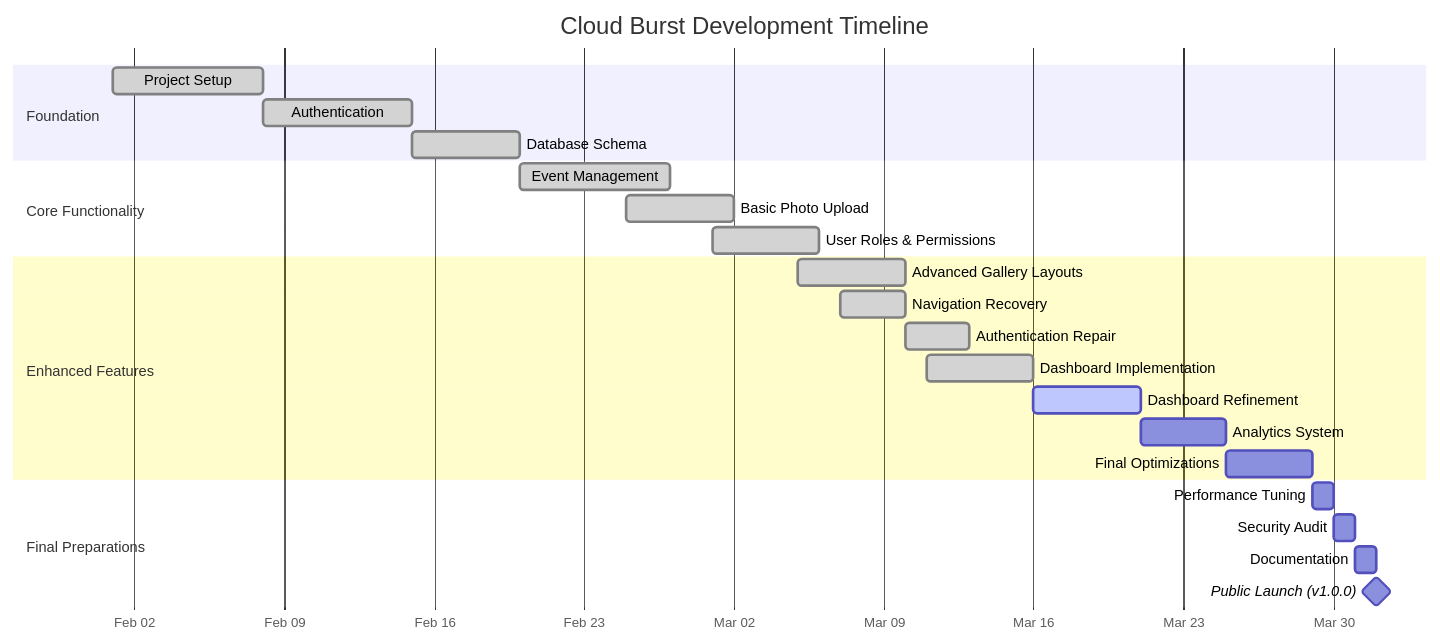
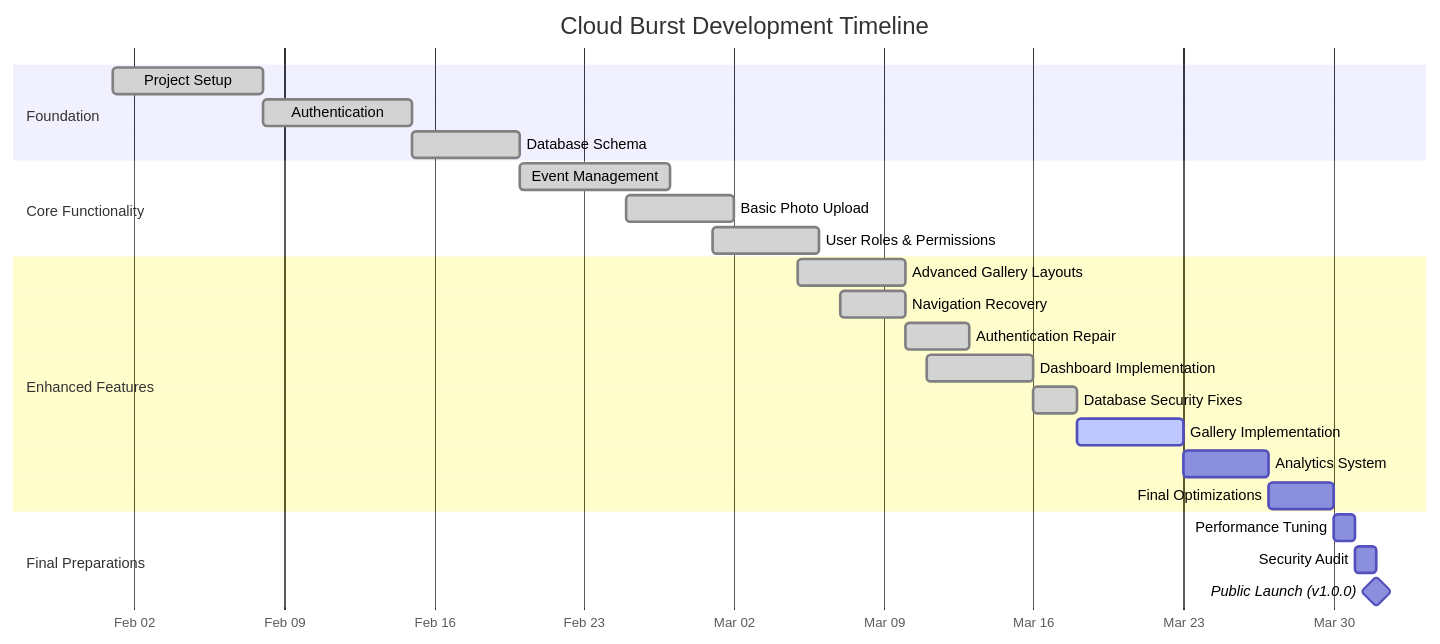
Before and after one commit to mrj0nesmtl/cloud-burst: the first of 2 diagrams in docs/planning/roadmap.md, drawn with Mermaid. The commit also changed other lines of this file and 31 other files, not shown here.

Commit message:
feat(session-23): Database security fixes and Gallery focus preparation

````diff
--- a/docs/planning/roadmap.md
+++ b/docs/planning/roadmap.md
@@ -41,31 +43,31 @@
 ```mermaid
 gantt
     title Cloud Burst Development Timeline
     dateFormat  YYYY-MM-DD
     axisFormat %b %d
     
     section Foundation
     Project Setup           :done, f1, 2025-02-01, 7d
     Authentication          :done, f2, 2025-02-08, 7d
     Database Schema         :done, f3, 2025-02-15, 5d
     
     section Core Functionality
     Event Management        :done, c1, 2025-02-20, 7d
     Basic Photo Upload      :done, c2, 2025-02-25, 5d
     User Roles & Permissions:done, c3, 2025-03-01, 5d
     
     section Enhanced Features
     Advanced Gallery Layouts:done, e1, 2025-03-05, 5d
     Navigation Recovery     :done, e2, 2025-03-07, 3d
     Authentication Repair   :done, e3, 2025-03-10, 3d
     Dashboard Implementation:done, e4, 2025-03-11, 5d
-    Dashboard Refinement    :active, e5, 2025-03-16, 5d
-    Analytics System        :e6, 2025-03-21, 4d
-    Final Optimizations     :e7, 2025-03-25, 4d
+    Database Security Fixes :done, e5, 2025-03-16, 2d
+    Gallery Implementation  :active, e6, 2025-03-18, 5d
+    Analytics System        :e7, 2025-03-23, 4d
+    Final Optimizations     :e8, 2025-03-27, 3d
     
     section Final Preparations
-    Performance Tuning      :o1, 2025-03-29, 1d
-    Security Audit          :o2, 2025-03-30, 1d
-    Documentation           :l2, 2025-03-31, 1d
+    Performance Tuning      :o1, 2025-03-30, 1d
+    Security Audit          :o2, 2025-03-31, 1d
     Public Launch (v1.0.0)  :milestone, l3, 2025-04-01, 0d
 ```
````
